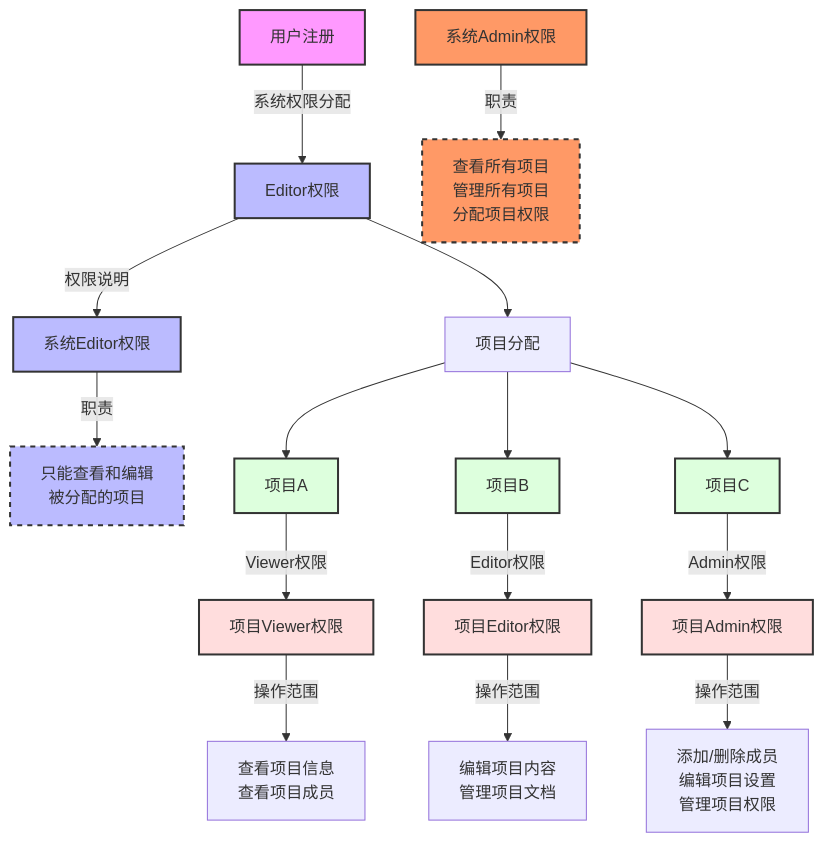
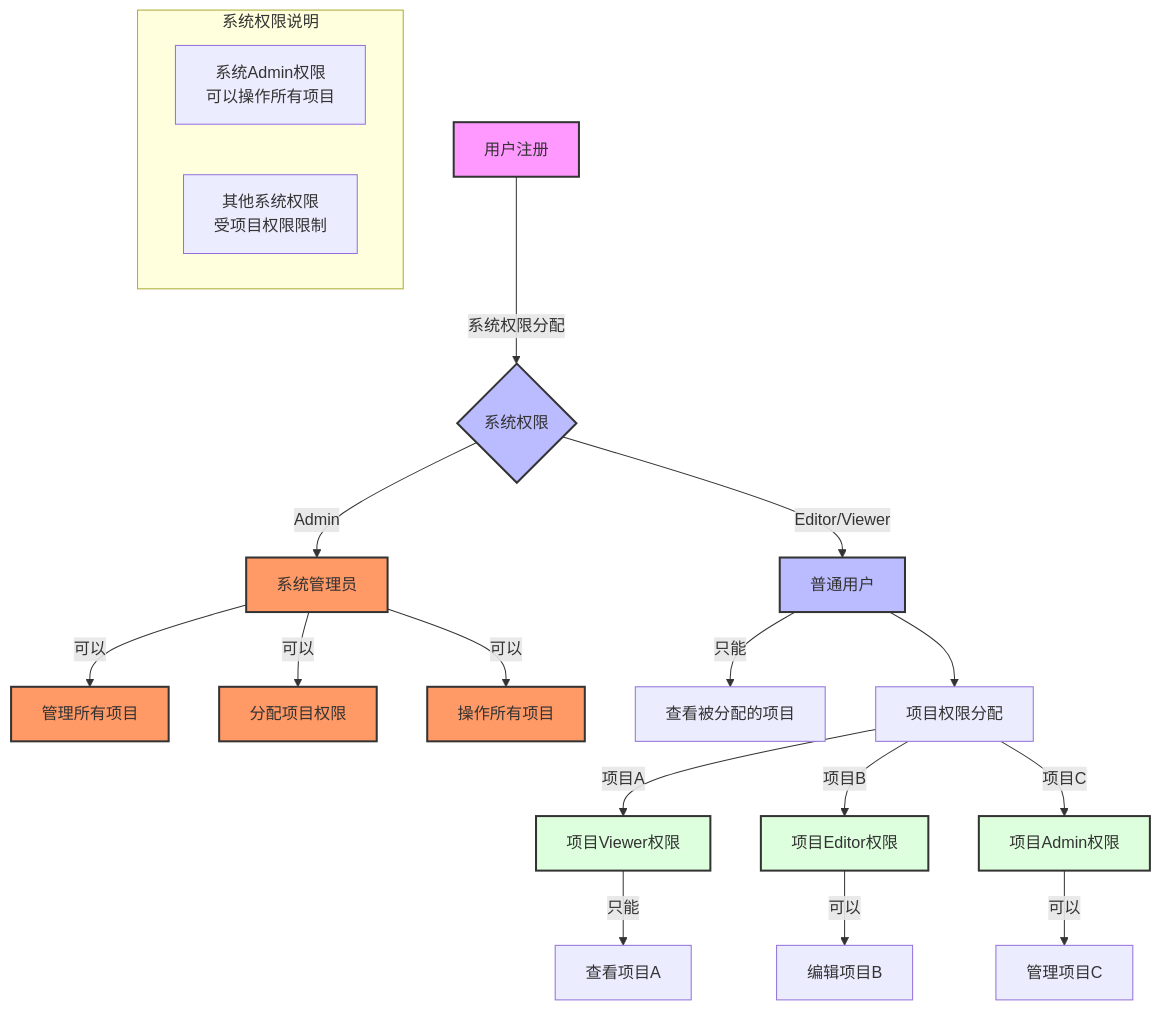
The fourth of 4 diagrams in README.md (XcodeFish/CodeGeniusHub), drawn with Mermaid before and after one commit. The commit also changed other lines of this file and 1 other file, not shown here.

Commit message:
fix: 系统权限与项目权限设计

````diff
--- a/README.md
+++ b/README.md
@@ -824,46 +824,44 @@
 ```mermaid
 graph TD
     %% 用户权限部分
-    A[用户注册] -->|系统权限分配| B[Editor权限]
+    A[用户注册] -->|系统权限分配| B{系统权限}
+    B -->|Admin| C[系统管理员]
+    B -->|Editor/Viewer| D[普通用户]
 
-    %% 用户权限说明
-    B -->|权限说明| B1[系统Editor权限]
-    B1 -->|职责| B2[只能查看和编辑<br/>被分配的项目]
+    %% 系统管理员权限
+    C -->|可以| C1[管理所有项目]
+    C -->|可以| C2[分配项目权限]
+    C -->|可以| C3[操作所有项目]
 
-    %% 项目分配流程
-    B --> C[项目分配]
-    C --> D[项目A]
-    C --> E[项目B]
-    C --> F[项目C]
+    %% 普通用户权限
+    D -->|只能| D1[查看被分配的项目]
+    D --> E[项目权限分配]
 
     %% 项目权限说明
-    D -->|Viewer权限| G[项目Viewer权限]
-    E -->|Editor权限| H[项目Editor权限]
-    F -->|Admin权限| I[项目Admin权限]
+    E -->|项目A| F[项目Viewer权限]
+    E -->|项目B| G[项目Editor权限]
+    E -->|项目C| H[项目Admin权限]
 
     %% 项目权限具体操作
-    G -->|操作范围| G1[查看项目信息<br/>查看项目成员]
-    H -->|操作范围| H1[编辑项目内容<br/>管理项目文档]
-    I -->|操作范围| I1[添加/删除成员<br/>编辑项目设置<br/>管理项目权限]
-
-    %% 系统Admin权限说明
-    Z[系统Admin权限] -->|职责| Z1[查看所有项目<br/>管理所有项目<br/>分配项目权限]
+    F -->|只能| F1[查看项目A]
+    G -->|可以| G1[编辑项目B]
+    H -->|可以| H1[管理项目C]
 
     %% 样式设置
     style A fill:#f9f,stroke:#333,stroke-width:2px
     style B fill:#bbf,stroke:#333,stroke-width:2px
-    style B1 fill:#bbf,stroke:#333,stroke-width:2px
-    style B2 fill:#bbf,stroke:#333,stroke-width:2px
-    style D fill:#dfd,stroke:#333,stroke-width:2px
-    style E fill:#dfd,stroke:#333,stroke-width:2px
+    style C fill:#f96,stroke:#333,stroke-width:2px
+    style D fill:#bbf,stroke:#333,stroke-width:2px
+    style C1 fill:#f96,stroke:#333,stroke-width:2px
+    style C2 fill:#f96,stroke:#333,stroke-width:2px
+    style C3 fill:#f96,stroke:#333,stroke-width:2px
     style F fill:#dfd,stroke:#333,stroke-width:2px
-    style G fill:#fdd,stroke:#333,stroke-width:2px
-    style H fill:#fdd,stroke:#333,stroke-width:2px
-    style I fill:#fdd,stroke:#333,stroke-width:2px
-    style Z fill:#f96,stroke:#333,stroke-width:2px
-    style Z1 fill:#f96,stroke:#333,stroke-width:2px
+    style G fill:#dfd,stroke:#333,stroke-width:2px
+    style H fill:#dfd,stroke:#333,stroke-width:2px
 
-    %% 权限关系说明
-    classDef note fill:#fff,stroke:#333,stroke-dasharray: 5 5
-    class B2,Z1 note
+    %% 权限说明
+    subgraph 系统权限说明
+        S1[系统Admin权限<br/>可以操作所有项目]
+        S2[其他系统权限<br/>受项目权限限制]
+    end
 ```
````
